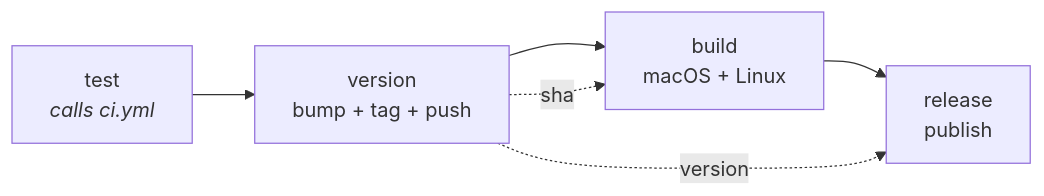
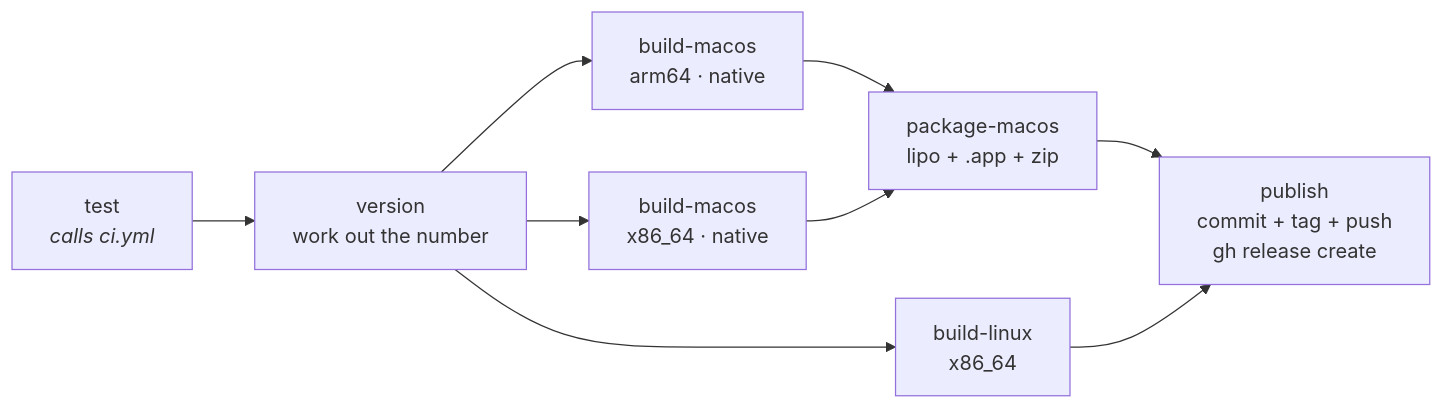
Before and after one commit to nfishel48/Jotter: the diagram in docs/CI_CD.md, drawn with Mermaid. The commit also changed other lines of this file and 3 other files, not shown here.

First line of the commit message:
fix(ci): build each macOS arch natively, and tag only once binaries exist

````diff
--- a/docs/CI_CD.md
+++ b/docs/CI_CD.md
@@ -64,8 +81,11 @@
 ```mermaid
 flowchart LR
-    T["test<br/><i>calls ci.yml</i>"] --> V["version<br/>bump + tag + push"]
-    V --> B["build<br/>macOS + Linux"]
-    B --> R["release<br/>publish"]
-    V -.sha.-> B
-    V -.version.-> R
+    T["test<br/><i>calls ci.yml</i>"] --> V["version<br/>work out the number"]
+    V --> MA["build-macos<br/>arm64 · native"]
+    V --> MI["build-macos<br/>x86_64 · native"]
+    V --> L["build-linux<br/>x86_64"]
+    MA --> P["package-macos<br/>lipo + .app + zip"]
+    MI --> P
+    P --> R["publish<br/>commit + tag + push<br/>gh release create"]
+    L --> R
 ```
````
